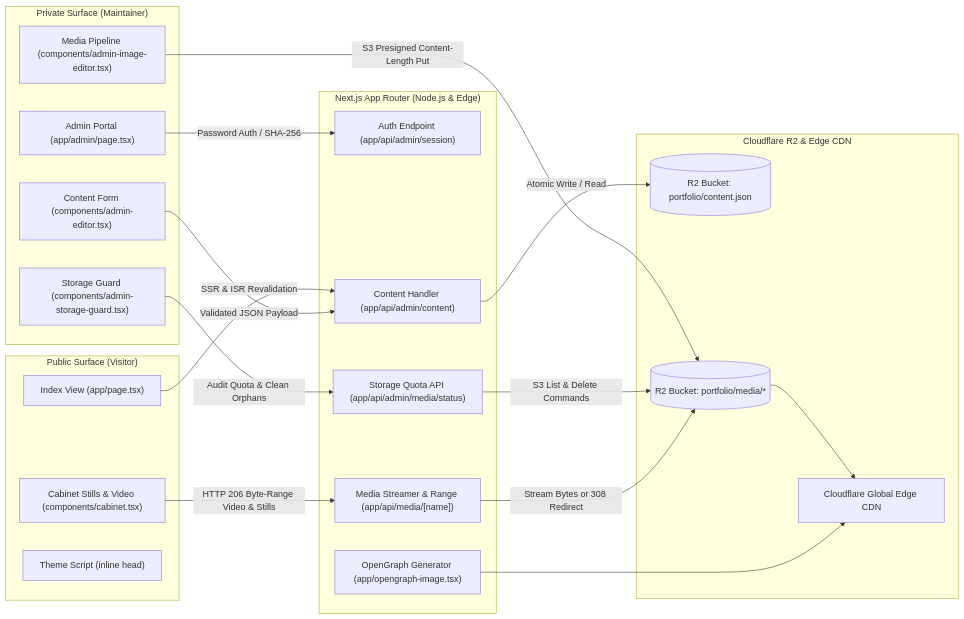
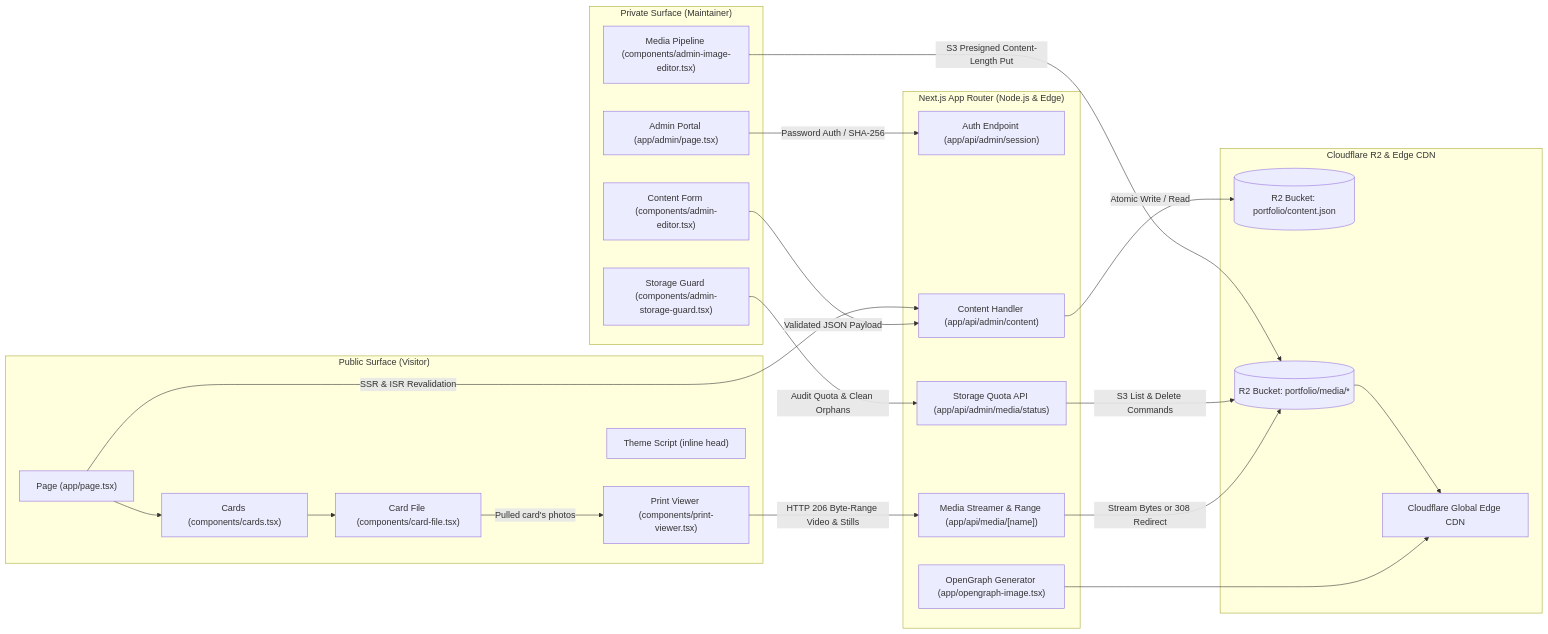
One commit to aiden-guan/portfolio-2 changed the diagram in README.md. Above: the diagram before and after it, drawn with Mermaid. The commit also changed other lines of this file and 23 other files, not shown here.

First line of the commit message:
feat(home): rebuild the portfolio as an index-card file (#2)

````diff
--- a/README.md
+++ b/README.md
@@ -50,41 +53,45 @@
 ```mermaid
 flowchart LR
     subgraph PublicClient["Public Surface (Visitor)"]
-        Index["Index View (app/page.tsx)"]
-        Cabinet["Cabinet Stills & Video (components/cabinet.tsx)"]
+        Index["Page (app/page.tsx)"]
+        Cards["Cards (components/cards.tsx)"]
+        File["Card File (components/card-file.tsx)"]
+        Viewer["Print Viewer (components/print-viewer.tsx)"]
         Theme["Theme Script (inline head)"]
     end
 
     subgraph AdminClient["Private Surface (Maintainer)"]
         AdminUI["Admin Portal (app/admin/page.tsx)"]
         Editor["Content Form (components/admin-editor.tsx)"]
         MediaUploader["Media Pipeline (components/admin-image-editor.tsx)"]
         StorageGuard["Storage Guard (components/admin-storage-guard.tsx)"]
     end
 
     subgraph AppRouter["Next.js App Router (Node.js & Edge)"]
         SessionAPI["Auth Endpoint (app/api/admin/session)"]
         ContentAPI["Content Handler (app/api/admin/content)"]
         MediaRoute["Media Streamer & Range (app/api/media/[name])"]
         StatusAPI["Storage Quota API (app/api/admin/media/status)"]
         OG["OpenGraph Generator (app/opengraph-image.tsx)"]
     end
 
     subgraph Persistence["Cloudflare R2 & Edge CDN"]
         R2Content[("R2 Bucket: portfolio/content.json")]
         R2Media[("R2 Bucket: portfolio/media/*")]
         EdgeCDN["Cloudflare Global Edge CDN"]
     end
 
     Index -->|SSR & ISR Revalidation| ContentAPI
-    Cabinet -->|HTTP 206 Byte-Range Video & Stills| MediaRoute
+    Index --> Cards --> File
+    File -->|Pulled card's photos| Viewer
+    Viewer -->|HTTP 206 Byte-Range Video & Stills| MediaRoute
     AdminUI -->|Password Auth / SHA-256| SessionAPI
     Editor -->|Validated JSON Payload| ContentAPI
     MediaUploader -->|S3 Presigned Content-Length Put| R2Media
     StorageGuard -->|Audit Quota & Clean Orphans| StatusAPI
     StatusAPI -->|S3 List & Delete Commands| R2Media
     ContentAPI -->|Atomic Write / Read| R2Content
     MediaRoute -->|Stream Bytes or 308 Redirect| R2Media
     R2Media --> EdgeCDN
     OG --> EdgeCDN
 ```
````
